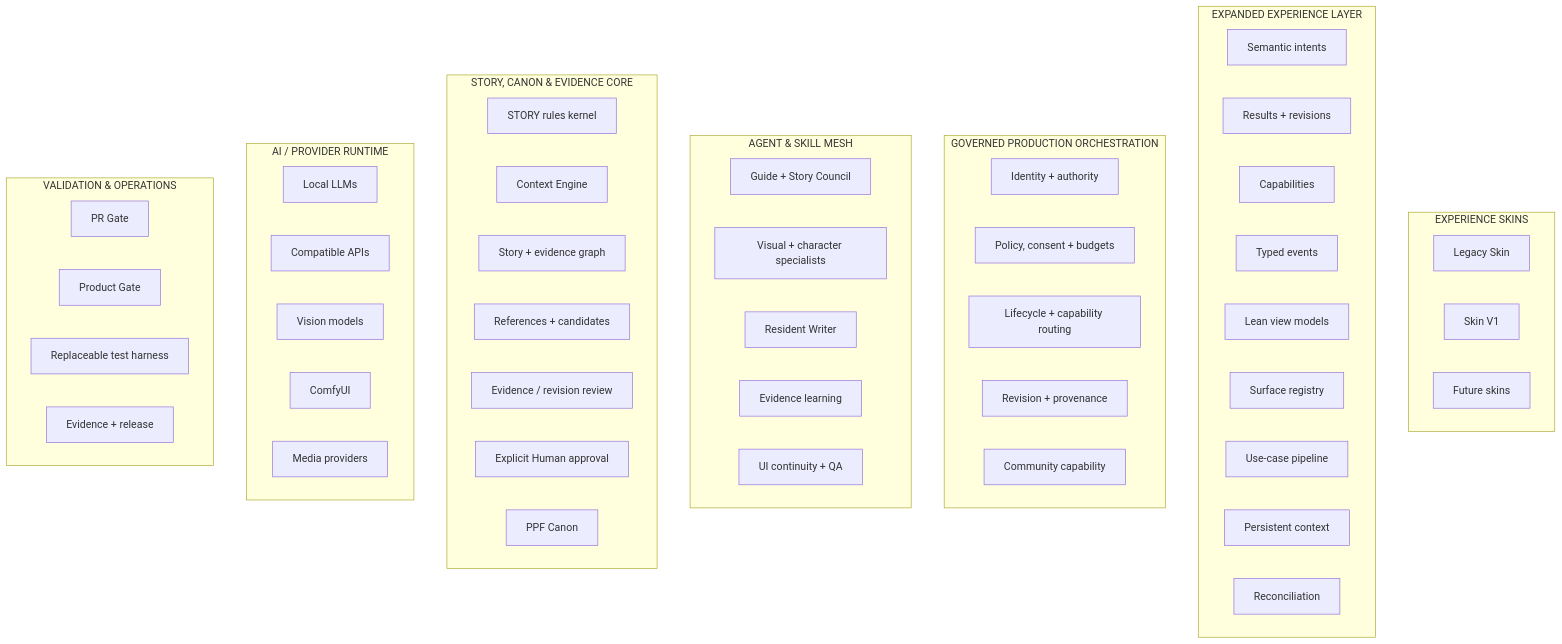
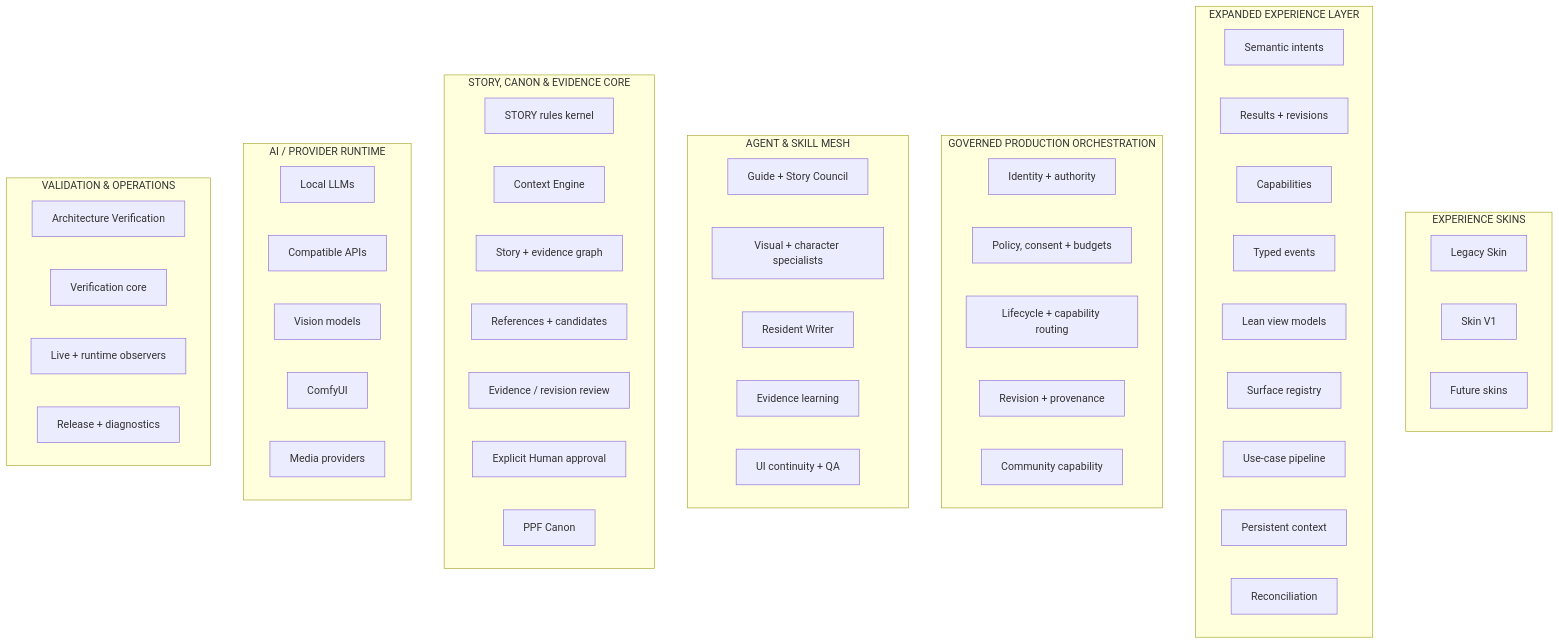
One commit to BryanHarrisScripts/PlotPickle changed the third of 3 diagrams in architecture/plotpickle-c4.md. Above: the diagram before and after it, drawn with Mermaid. The commit also changed other lines of this file and 7 other files, not shown here.

Commit message:
Phase 7: regenerate living architecture projections

````diff
--- a/architecture/plotpickle-c4.md
+++ b/architecture/plotpickle-c4.md
@@ -45,55 +45,55 @@
 ```mermaid
 flowchart TB
   subgraph experience_skins_components["EXPERIENCE SKINS"]
     experience_skins_1["Legacy Skin"]
     experience_skins_2["Skin V1"]
     experience_skins_3["Future skins"]
   end
   subgraph experience_contract_components["EXPANDED EXPERIENCE LAYER"]
     experience_contract_1["Semantic intents"]
     experience_contract_2["Results + revisions"]
     experience_contract_3["Capabilities"]
     experience_contract_4["Typed events"]
     experience_contract_5["Lean view models"]
     experience_contract_6["Surface registry"]
     experience_contract_7["Use-case pipeline"]
     experience_contract_8["Persistent context"]
     experience_contract_9["Reconciliation"]
   end
   subgraph production_harness_components["GOVERNED PRODUCTION ORCHESTRATION"]
     production_harness_1["Identity + authority"]
     production_harness_2["Policy, consent + budgets"]
     production_harness_3["Lifecycle + capability routing"]
     production_harness_4["Revision + provenance"]
     production_harness_5["Community capability"]
   end
   subgraph agent_runtime_components["AGENT & SKILL MESH"]
     agent_runtime_1["Guide + Story Council"]
     agent_runtime_2["Visual + character specialists"]
     agent_runtime_3["Resident Writer"]
     agent_runtime_4["Evidence learning"]
     agent_runtime_5["UI continuity + QA"]
   end
   subgraph story_canon_components["STORY, CANON & EVIDENCE CORE"]
     story_canon_1["STORY rules kernel"]
     story_canon_2["Context Engine"]
     story_canon_3["Story + evidence graph"]
     story_canon_4["References + candidates"]
     story_canon_5["Evidence / revision review"]
     story_canon_6["Explicit Human approval"]
     story_canon_7["PPF Canon"]
   end
   subgraph provider_runtime_components["AI / PROVIDER RUNTIME"]
     provider_runtime_1["Local LLMs"]
     provider_runtime_2["Compatible APIs"]
     provider_runtime_3["Vision models"]
     provider_runtime_4["ComfyUI"]
     provider_runtime_5["Media providers"]
   end
   subgraph verification_components["VALIDATION & OPERATIONS"]
-    verification_1["PR Gate"]
-    verification_2["Product Gate"]
-    verification_3["Replaceable test harness"]
-    verification_4["Evidence + release"]
+    verification_1["Architecture Verification"]
+    verification_2["Verification core"]
+    verification_3["Live + runtime observers"]
+    verification_4["Release + diagnostics"]
   end
 ```
````
